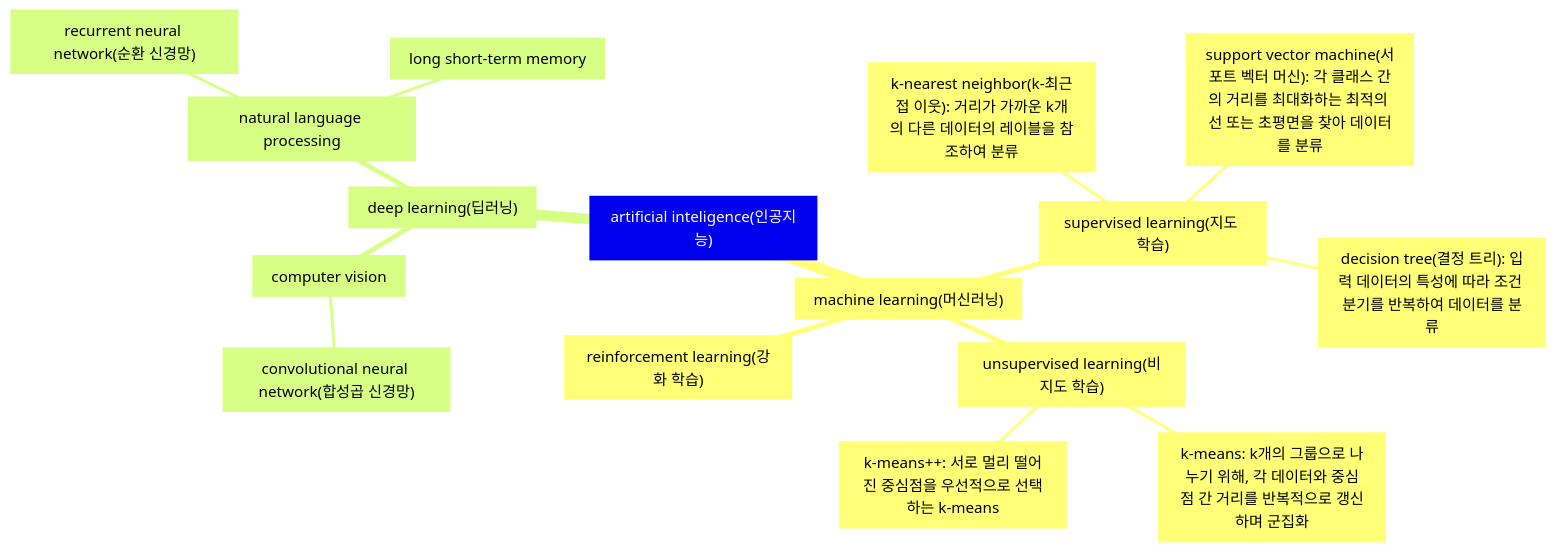
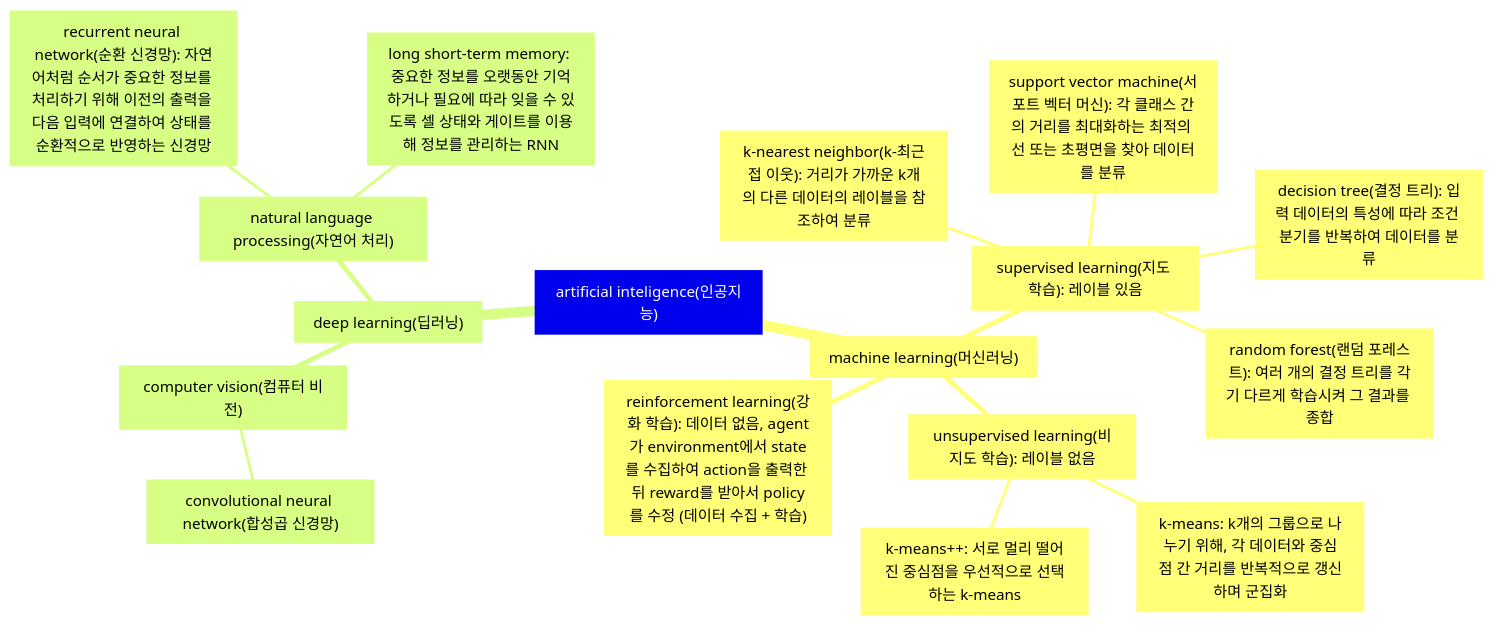
One commit to kbs-kbs/2025-1-NLP changed the first of 2 diagrams in 중간 출제 유형.md. Above: the diagram before and after it, drawn with Mermaid. The commit also changed other lines of this file, not shown here.

Commit message:
Update 중간 출제 유형.md

````diff
--- a/중간 출제 유형.md
+++ b/중간 출제 유형.md
@@ -2,21 +2,22 @@
 ```mermaid
 mindmap
   root["artificial inteligence(인공지능)"]
     ["machine learning(머신러닝)"]
-      ["supervised learning(지도 학습)"]
+      ["supervised learning(지도 학습): 레이블 있음"]
         ["k-nearest neighbor(k-최근접 이웃): 거리가 가까운 k개의 다른 데이터의 레이블을 참조하여 분류"]
         ["support vector machine(서포트 벡터 머신): 각 클래스 간의 거리를 최대화하는 최적의 선 또는 초평면을 찾아 데이터를 분류"]
         ["decision tree(결정 트리): 입력 데이터의 특성에 따라 조건 분기를 반복하여 데이터를 분류"]
-      ["unsupervised learning(비지도 학습)"]
+        ["random forest(랜덤 포레스트): 여러 개의 결정 트리를 각기 다르게 학습시켜 그 결과를 종합"]
+      ["unsupervised learning(비지도 학습): 레이블 없음"]
         ["k-means: k개의 그룹으로 나누기 위해, 각 데이터와 중심점 간 거리를 반복적으로 갱신하며 군집화"]
         ["k-means++: 서로 멀리 떨어진 중심점을 우선적으로 선택하는 k-means"]
-      ["reinforcement learning(강화 학습)"]
+      ["reinforcement learning(강화 학습): 데이터 없음, agent가 environment에서 state를 수집하여 action을 출력한 뒤 reward를 받아서 policy를 수정 (데이터 수집 + 학습)"]
     ["deep learning(딥러닝)"]
-      ["computer vision"]
+      ["computer vision(컴퓨터 비전)"]
         ["convolutional neural network(합성곱 신경망)"]
-      ["natural language processing"]
-        ["recurrent neural network(순환 신경망)"]
-        ["long short-term memory"]
+      ["natural language processing(자연어 처리)"]
+        ["recurrent neural network(순환 신경망): 자연어처럼 순서가 중요한 정보를 처리하기 위해 이전의 출력을 다음 입력에 연결하여 상태를 순환적으로 반영하는 신경망"]
+        ["long short-term memory: 중요한 정보를 오랫동안 기억하거나 필요에 따라 잊을 수 있도록 셀 상태와 게이트를 이용해 정보를 관리하는 RNN"]
 
 
 ```
````
